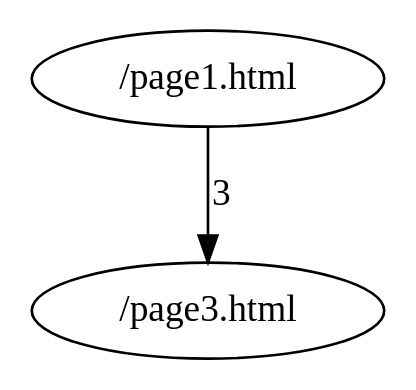
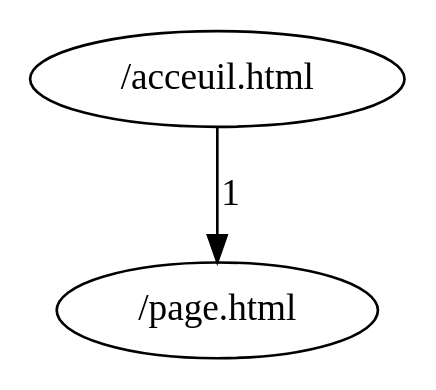
The diagram in CPP/GrapheLog/Code/test.dot (TiboREM/B3429), drawn with Graphviz before and after one commit. The commit also changed 11 other files, not shown here.

```diff
--- a/CPP/GrapheLog/Code/test.dot
+++ b/CPP/GrapheLog/Code/test.dot
@@ -1,5 +1,5 @@
 digraph {
-node1 [label="/page1.html"];
-node0 [label="/page3.html"];
-node1 -> node0 [label="3"]
+node1 [label="/acceuil.html"];
+node0 [label="/page.html"];
+node1 -> node0 [label="1"]
 }
```
